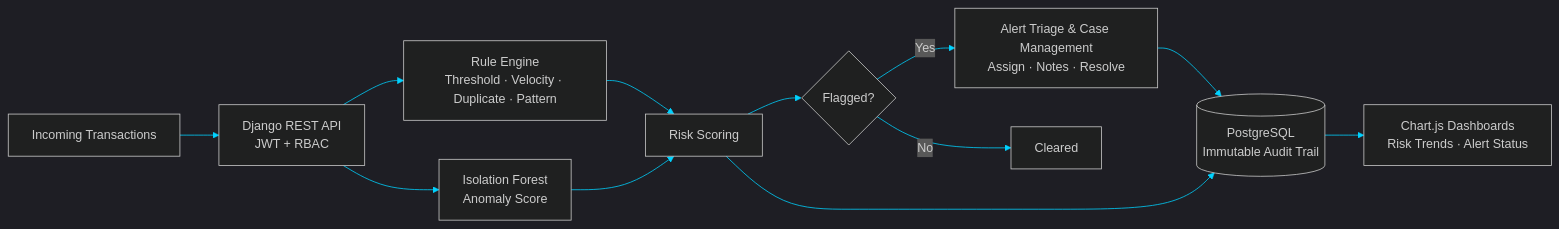
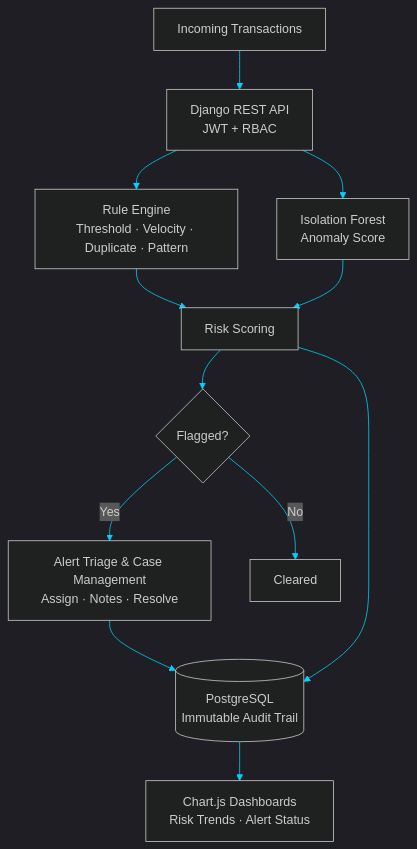
One commit to punniyam26-hash/punniyam26-hash changed the first of 2 diagrams in README.md. Above: the diagram before and after it, drawn with Mermaid. The commit also changed other lines of this file, not shown here.

````diff
--- a/README.md
+++ b/README.md
@@ -98,15 +94,15 @@
 ```mermaid
 %%{init: {'theme':'dark','themeVariables':{'primaryColor':'#1b1f3b','primaryBorderColor':'#7F5AF0','primaryTextColor':'#E6EDF3','lineColor':'#00D2FF','secondaryColor':'#13203a','tertiaryColor':'#0d1117'}}}%%
-flowchart LR
+flowchart TD
     T[Incoming Transactions] --> API[Django REST API<br/>JWT + RBAC]
     API --> RE[Rule Engine<br/>Threshold · Velocity · Duplicate · Pattern]
     API --> ML[Isolation Forest<br/>Anomaly Score]
     RE --> RS[Risk Scoring]
     ML --> RS
     RS --> AL{Flagged?}
     AL -->|Yes| CM[Alert Triage & Case Management<br/>Assign · Notes · Resolve]
     AL -->|No| OK[Cleared]
     CM --> AU[(PostgreSQL<br/>Immutable Audit Trail)]
     RS --> AU
     AU --> DB[Chart.js Dashboards<br/>Risk Trends · Alert Status]
 ```
````
